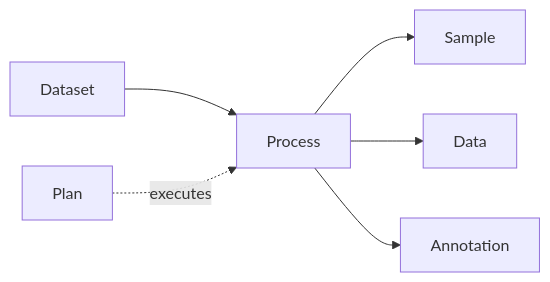
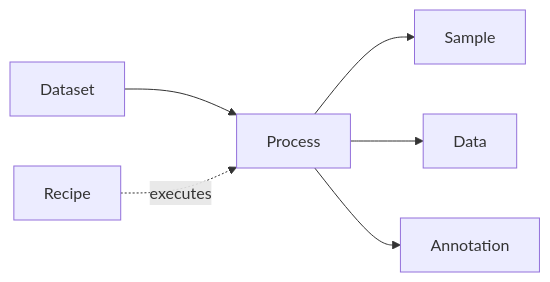
One commit to HLWeil/ProcessCore changed the diagram in docs/index.md. Above: the diagram before and after it, drawn with Mermaid. The commit also changed 71 other files, not shown here.

Commit message:
rename plan to recipe

````diff
--- a/docs/index.md
+++ b/docs/index.md
@@ -25,8 +25,8 @@
 ```mermaid
 flowchart LR
     dataset[Dataset] --> process[Process]
     process --> sample[Sample]
     process --> data[Data]
-    protocol[Plan] -. executes .-> process
+    protocol[Recipe] -. executes .-> process
     process --> value[Annotation]
 ```
````
